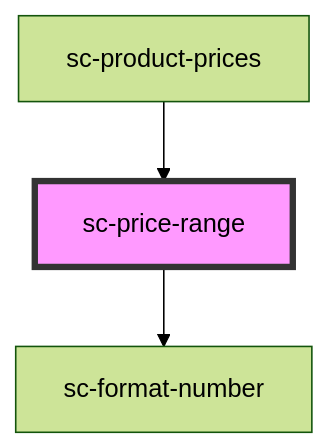
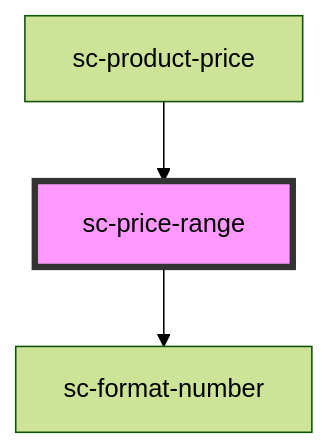
The diagram in packages/components/src/components/ui/sc-price-range/readme.md (surecart/surecart-wp-plugin), drawn with Mermaid (forest theme) before and after one commit. The commit also changed other lines of this file and 53 other files, not shown here.

````diff
--- a/packages/components/src/components/ui/sc-price-range/readme.md
+++ b/packages/components/src/components/ui/sc-price-range/readme.md
@@ -26,6 +26,6 @@
 ```mermaid
 graph TD;
   sc-price-range --> sc-format-number
-  sc-product-prices --> sc-price-range
+  sc-product-price --> sc-price-range
   style sc-price-range fill:#f9f,stroke:#333,stroke-width:4px
 ```
````
